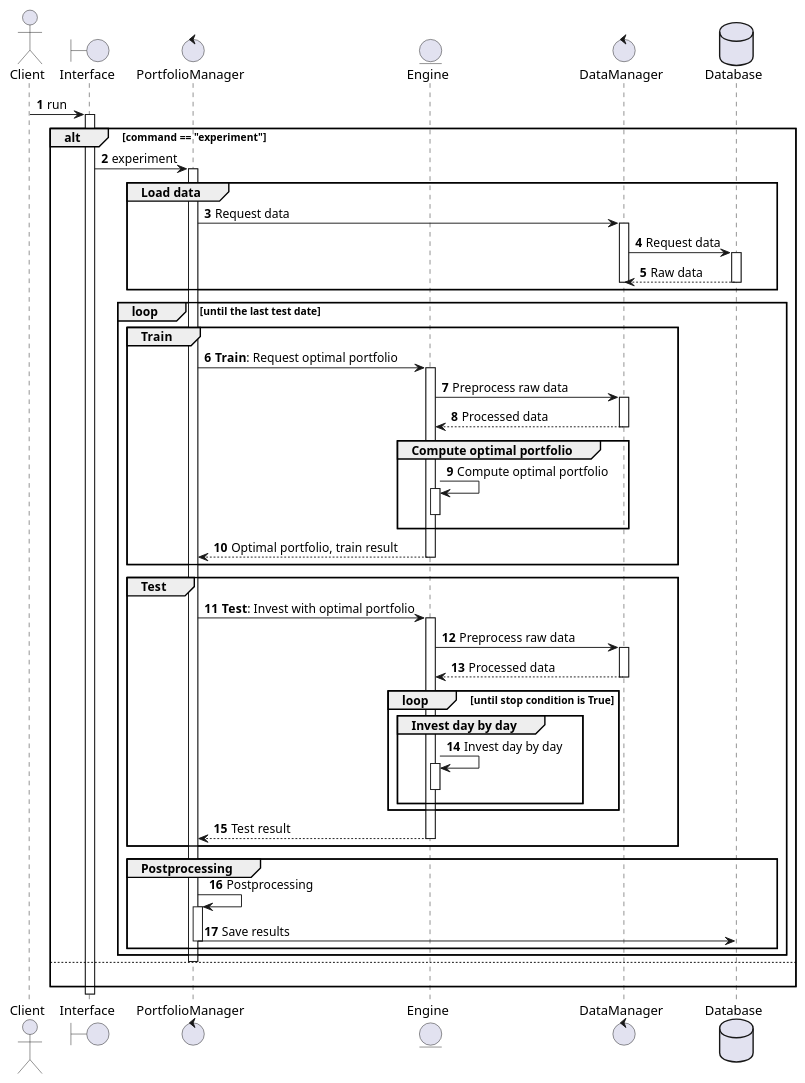
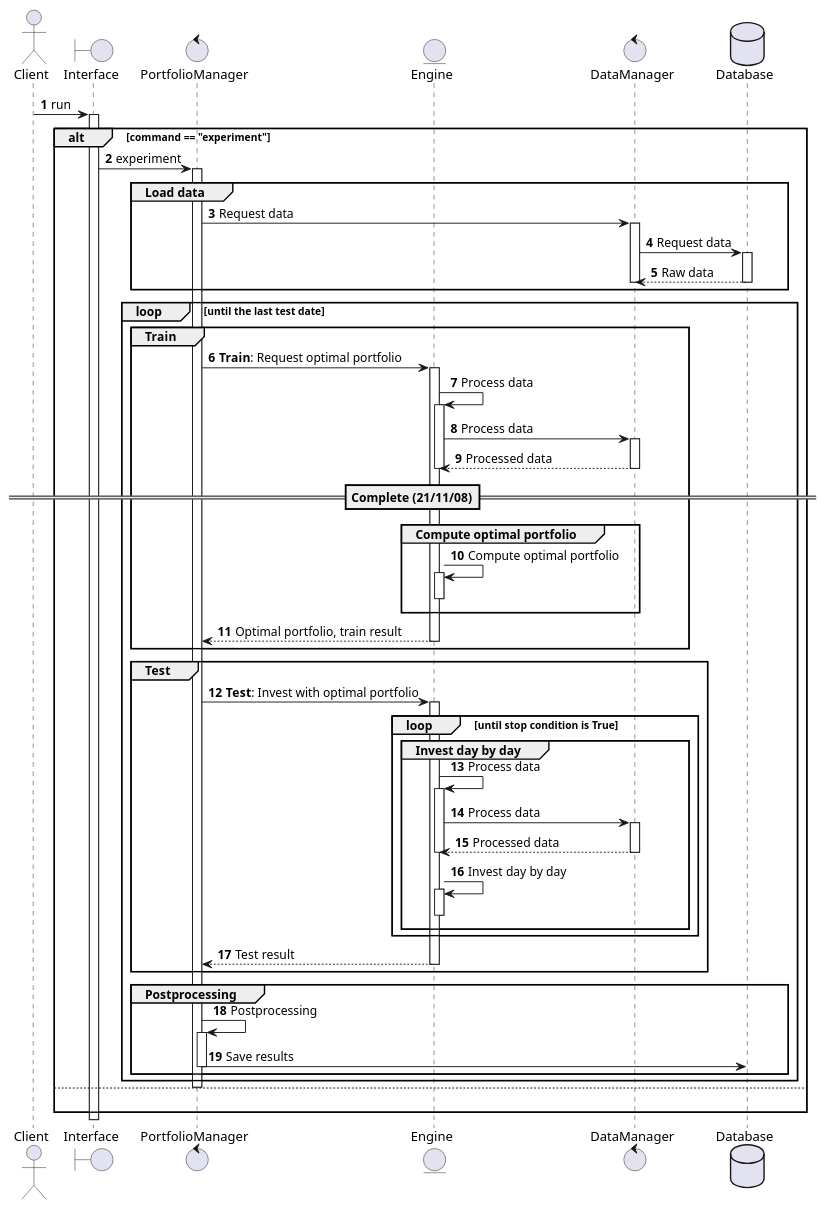
Before and after one commit to alchemine/enhanced-index-tracking: the diagram in algorithm/full_process.puml, drawn with PlantUML.

Commit message:
Update diagram

```diff
--- a/algorithm/full_process.puml
+++ b/algorithm/full_process.puml
@@ -1,58 +1,65 @@
 @startuml
 autonumber
 
 actor Client as C
 boundary Interface as I
 control PortfolioManager as PM
 entity Engine as E
 control DataManager as DM
 database Database as DB
 
 
 C -> I ++: run
     alt command == "experiment"
         I -> PM ++: experiment
             group Load data
                 PM -> DM ++: Request data
                     DM -> DB ++: Request data
                         return Raw data
                     deactivate
             end
 
             loop until the last test date
                 group Train
                     PM -> E ++: **Train**: Request optimal portfolio
-                        E -> DM ++: Preprocess raw data
-                            return Processed data
+                        E -> E ++: Process data
+                            E -> DM ++: Process data
+                                return Processed data
+                        deactivate E
+
+                        ==Complete (21/11/08)==
 
                         group Compute optimal portfolio
                             E -> E ++: Compute optimal portfolio
                             deactivate
                         end
                         return Optimal portfolio, train result
                 end
 
                 group Test
                     PM -> E ++: **Test**: Invest with optimal portfolio
-                        E -> DM ++: Preprocess raw data
-                            return Processed data
                         loop until stop condition is True
                             group Invest day by day
+                                E -> E ++: Process data
+                                    E -> DM ++: Process data
+                                        return Processed data
+                                deactivate E
+
                                 E -> E ++: Invest day by day
                                 deactivate
                             end
                         end
                         return Test result
                 end
 
                 group Postprocessing
                     PM -> PM ++: Postprocessing
                         PM -> DB: Save results
                     deactivate
                 end
             end
         deactivate
     else
         |||
     end
 @enduml
```
